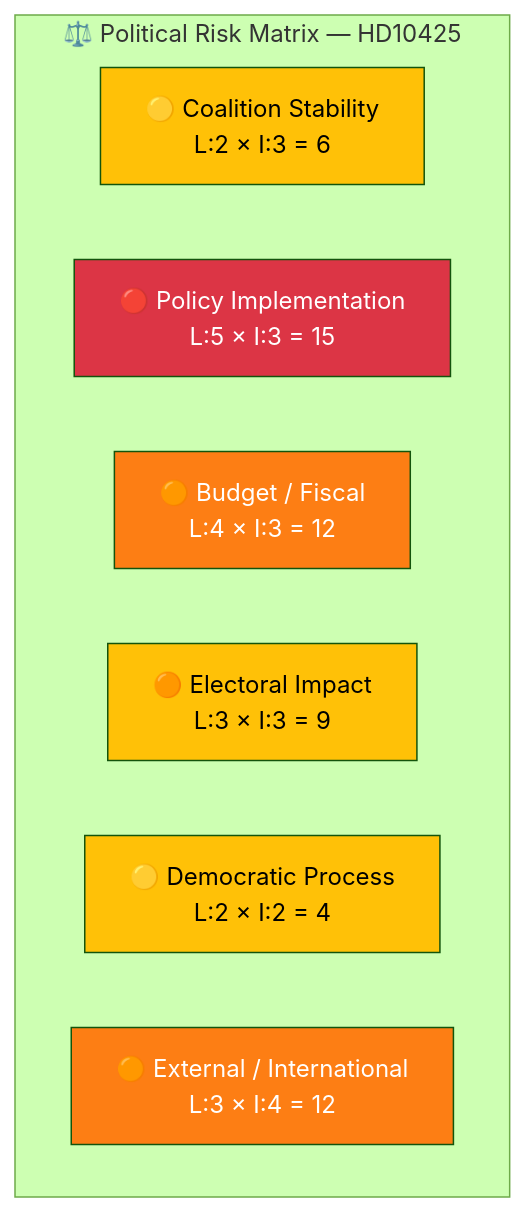
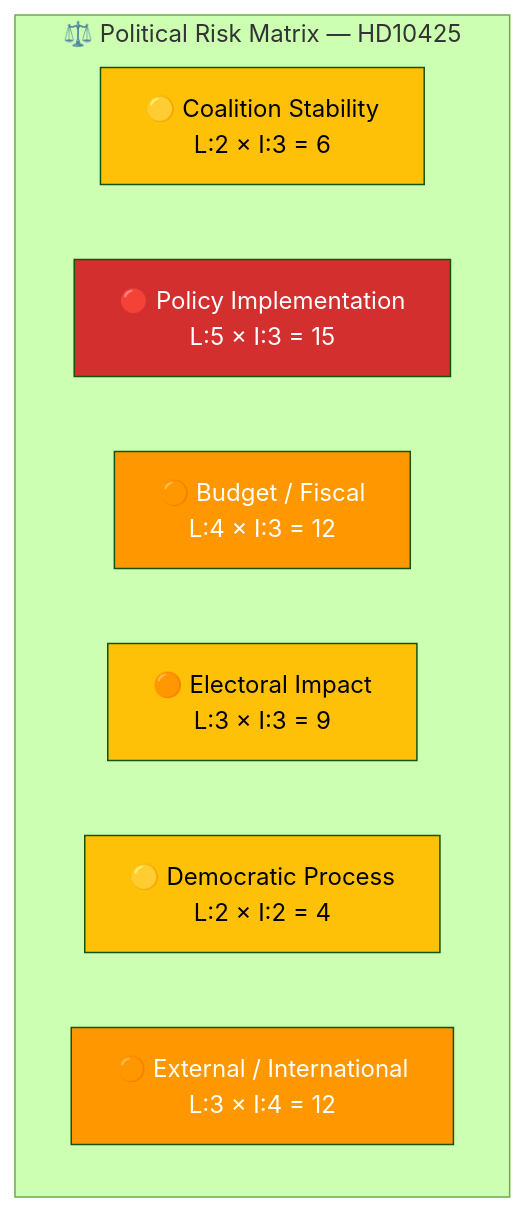
One commit to Hack23/riksdagsmonitor changed the second of 2 diagrams in analysis/daily/2026-03-31/interpellations/documents/hd10425-analysis.md. Above: the diagram before and after it, drawn with Mermaid (forest theme). The commit also changed other lines of this file and 785 other files, not shown here.

First line of the commit message:
Normalize mermaid colors across 786 analysis artifacts to ISMS Style Guide palette

````diff
--- a/analysis/daily/2026-03-31/interpellations/documents/hd10425-analysis.md
+++ b/analysis/daily/2026-03-31/interpellations/documents/hd10425-analysis.md
@@ -75,18 +75,18 @@
 ```mermaid
 graph TD
     subgraph "⚖️ Political Risk Matrix — HD10425"
         R1["🟡 Coalition Stability<br/>L:2 × I:3 = 6"]
         R2["🔴 Policy Implementation<br/>L:5 × I:3 = 15"]
         R3["🟠 Budget / Fiscal<br/>L:4 × I:3 = 12"]
         R4["🟠 Electoral Impact<br/>L:3 × I:3 = 9"]
         R5["🟡 Democratic Process<br/>L:2 × I:2 = 4"]
         R6["🟠 External / International<br/>L:3 × I:4 = 12"]
     end
 
-    style R1 fill:#ffc107,color:#000
-    style R2 fill:#dc3545,color:#fff
-    style R3 fill:#fd7e14,color:#fff
-    style R4 fill:#ffc107,color:#000
-    style R5 fill:#ffc107,color:#000
-    style R6 fill:#fd7e14,color:#fff
+    style R1 fill:#FFC107,color:#000000
+    style R2 fill:#D32F2F,color:#FFFFFF
+    style R3 fill:#FF9800,color:#FFFFFF
+    style R4 fill:#FFC107,color:#000000
+    style R5 fill:#FFC107,color:#000000
+    style R6 fill:#FF9800,color:#FFFFFF
 ```
````
